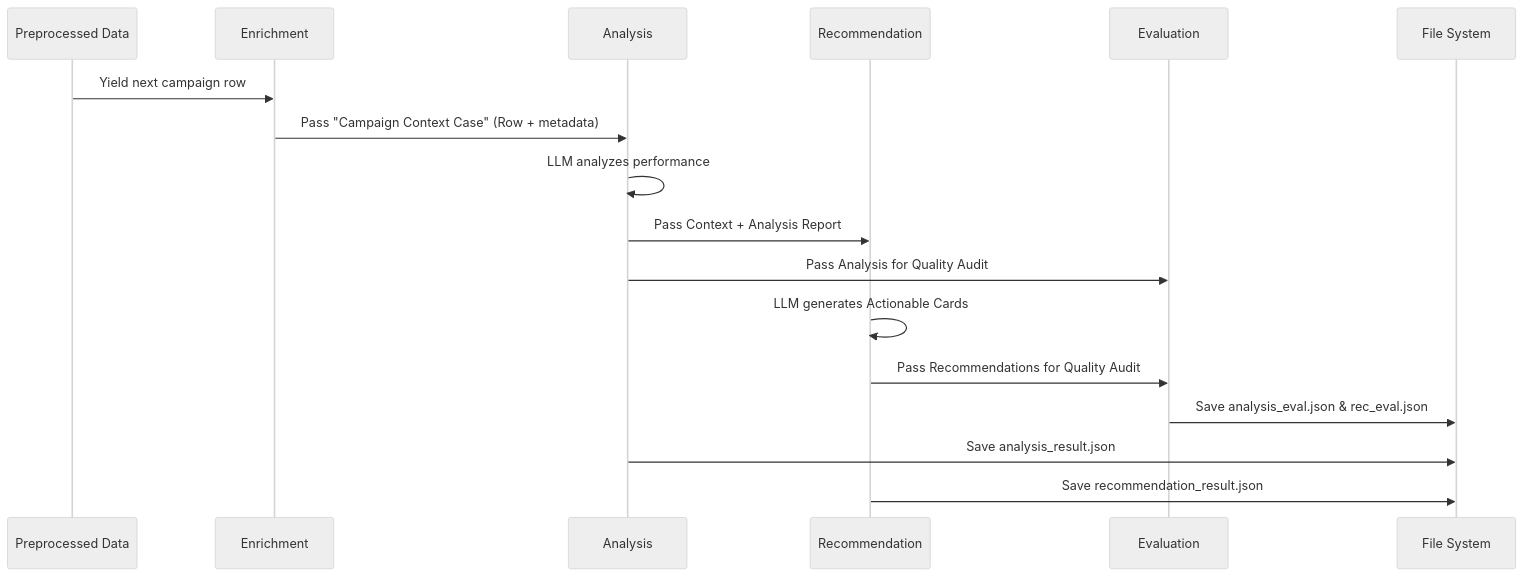
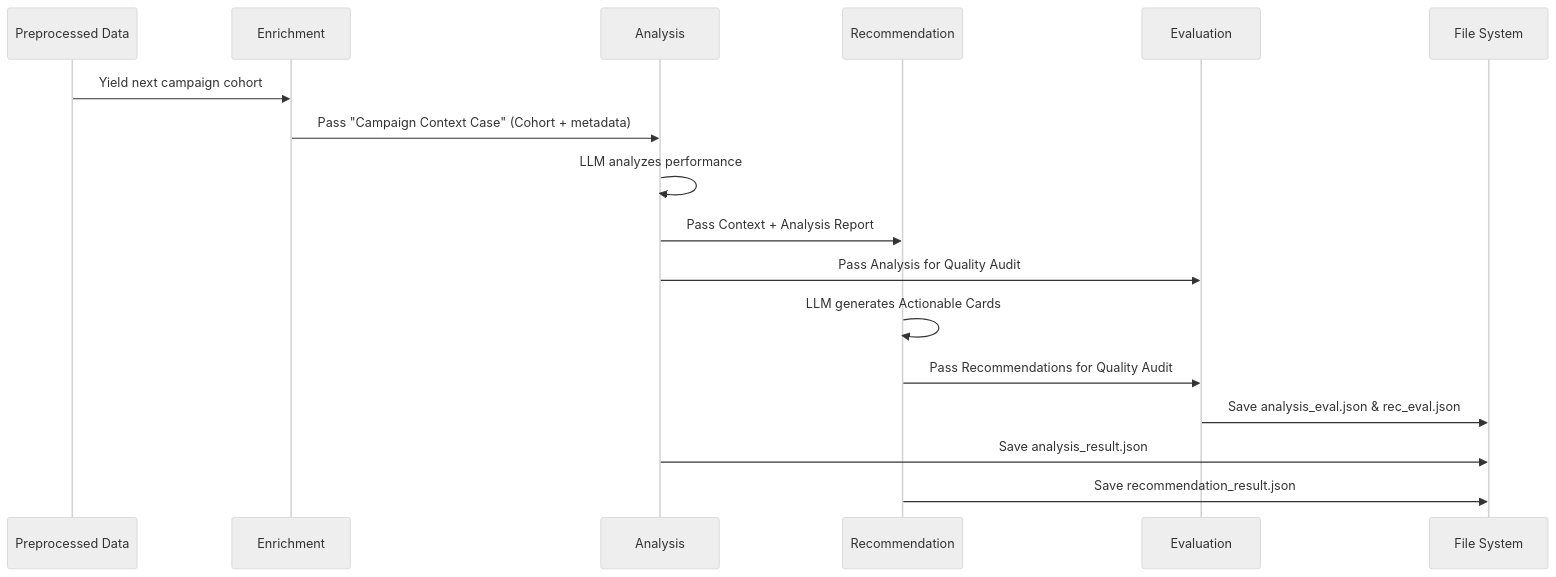
One commit to WaelMohsen/Team4-MarketingExpert changed the third of 4 diagrams in README.md. Above: the diagram before and after it, drawn with Mermaid (neutral theme). The commit also changed other lines of this file and 10 other files, not shown here.

````diff
--- a/README.md
+++ b/README.md
@@ -55,20 +58,20 @@
 ```mermaid
 sequenceDiagram
     participant P as Preprocessed Data
     participant EN as Enrichment
     participant AN as Analysis
     participant RE as Recommendation
     participant EV as Evaluation
     participant FS as File System
     
-    P->>EN: Yield next campaign row
-    EN->>AN: Pass "Campaign Context Case" (Row + metadata)
+    P->>EN: Yield next campaign cohort
+    EN->>AN: Pass "Campaign Context Case" (Cohort + metadata)
     AN->>AN: LLM analyzes performance
     AN->>RE: Pass Context + Analysis Report
     AN->>EV: Pass Analysis for Quality Audit
     RE->>RE: LLM generates Actionable Cards
     RE->>EV: Pass Recommendations for Quality Audit
     EV->>FS: Save analysis_eval.json & rec_eval.json
     AN->>FS: Save analysis_result.json
     RE->>FS: Save recommendation_result.json
 ```
````
